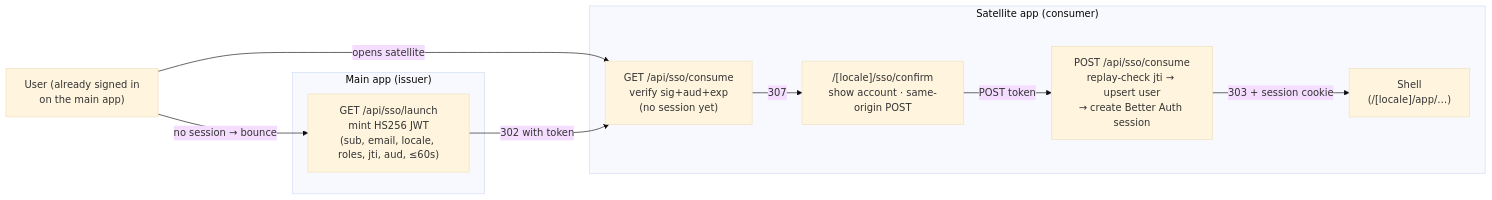
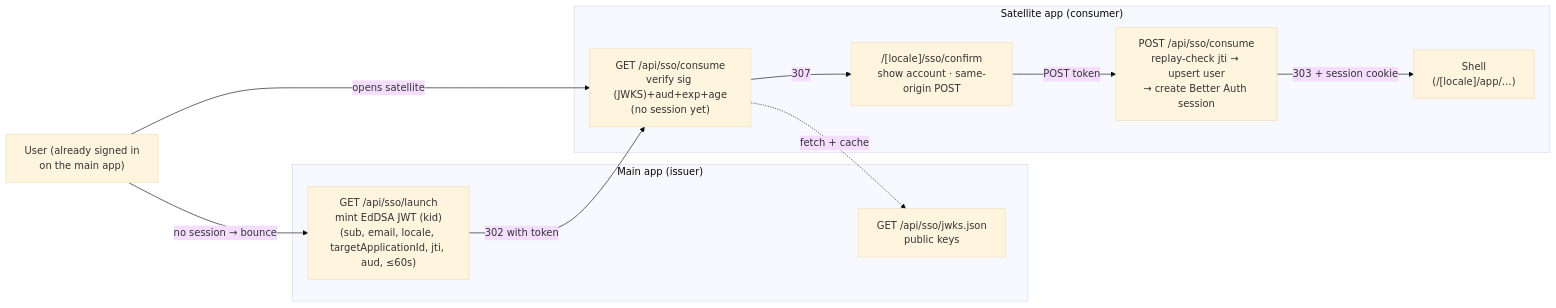
Before and after one commit to devresponse/devresponsekit: the first of 2 diagrams in docs/design-satellite-apps.md, drawn with Mermaid (base theme). The commit also changed other lines of this file and 31 other files, not shown here.

````diff
--- a/docs/design-satellite-apps.md
+++ b/docs/design-satellite-apps.md
@@ -66,18 +67,20 @@
 ```mermaid
 flowchart LR
   U["User (already signed in<br/>on the main app)"] -->|"opens satellite"| S1
   subgraph Main["Main app (issuer)"]
-    L["GET /api/sso/launch<br/>mint HS256 JWT<br/>(sub, email, locale, roles, jti, aud, ≤60s)"]
+    L["GET /api/sso/launch<br/>mint EdDSA JWT (kid)<br/>(sub, email, locale, targetApplicationId, jti, aud, ≤60s)"]
+    K["GET /api/sso/jwks.json<br/>public keys"]
   end
   subgraph Sat["Satellite app (consumer)"]
-    S1["GET /api/sso/consume<br/>verify sig+aud+exp<br/>(no session yet)"]
+    S1["GET /api/sso/consume<br/>verify sig (JWKS)+aud+exp+age<br/>(no session yet)"]
     S2["/[locale]/sso/confirm<br/>show account · same-origin POST"]
     S3["POST /api/sso/consume<br/>replay-check jti → upsert user<br/>→ create Better Auth session"]
     SH["Shell<br/>(/[locale]/app/…)"]
   end
   U -->|"no session → bounce"| L
   L -->|"302 with token"| S1
+  S1 -.->|"fetch + cache"| K
   S1 -->|"307"| S2
   S2 -->|"POST token"| S3
   S3 -->|"303 + session cookie"| SH
 ```
````
